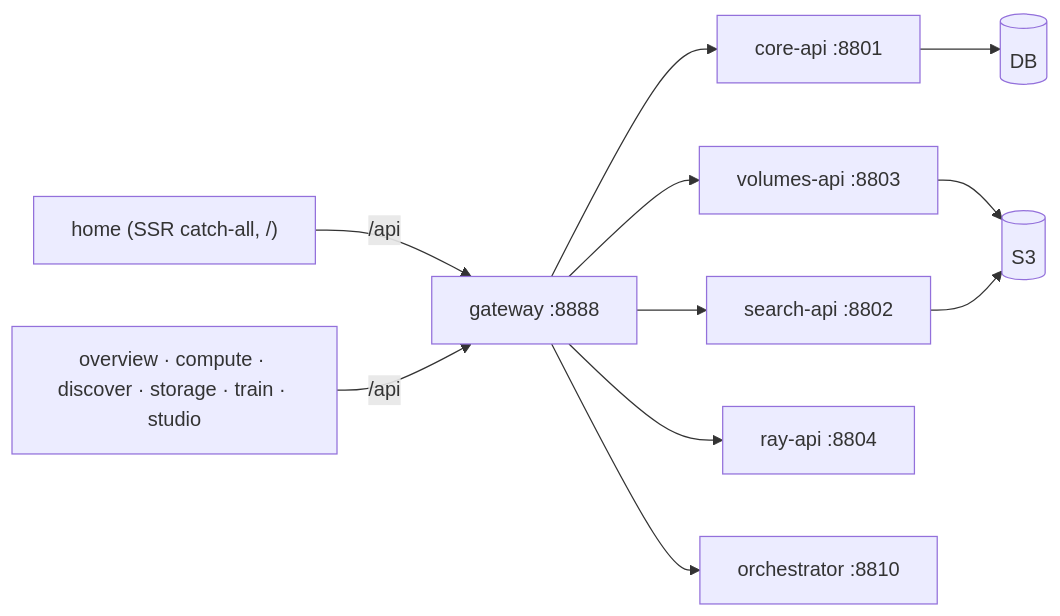
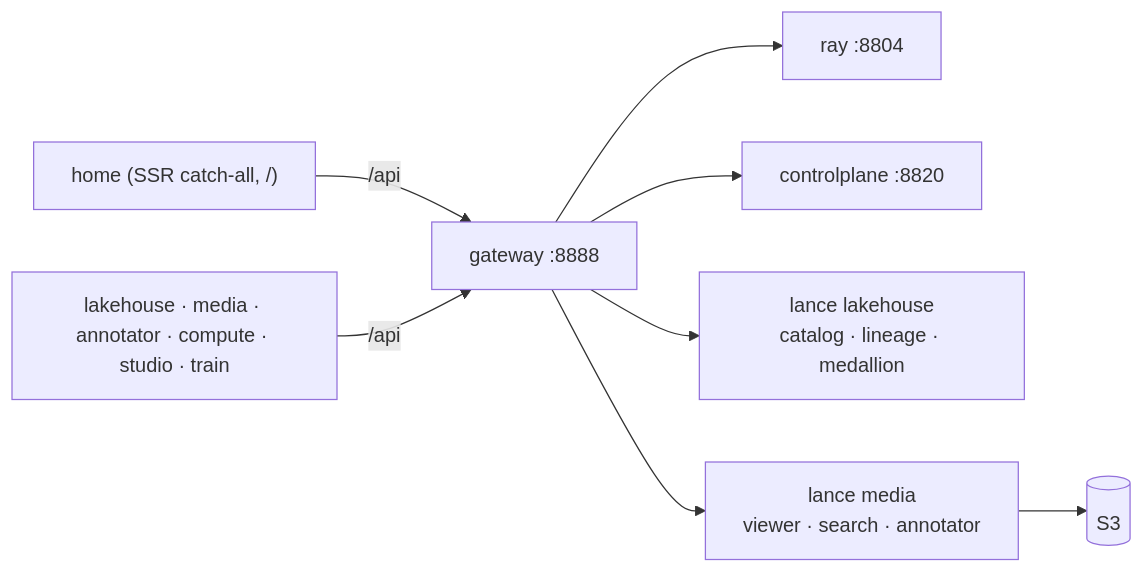
Before and after one commit to AI-Riksarkivet/rask: the diagram in docs/components/frontends.md, drawn with Mermaid. The commit also changed 123 other files, not shown here.

````diff
--- a/docs/components/frontends.md
+++ b/docs/components/frontends.md
@@ -35,13 +35,10 @@
 ```mermaid
 flowchart LR
     home["home (SSR catch-all, /)"] -->|/api| gateway["gateway :8888"]
-    domains["overview · compute · discover · storage · train · studio"] -->|/api| gateway
-    gateway --> core_api["core-api :8801"]
-    gateway --> search_api["search-api :8802"]
-    gateway --> volumes_api["volumes-api :8803"]
-    gateway --> ray_api["ray-api :8804"]
-    gateway --> orch["orchestrator :8810"]
-    core_api --> db[("DB")]
-    volumes_api --> s3[("S3")]
-    search_api --> s3
+    domains["lakehouse · media · annotator · compute · studio · train"] -->|/api| gateway
+    gateway --> ray["ray :8804"]
+    gateway --> cp["controlplane :8820"]
+    gateway --> lake["lance lakehouse<br/>catalog · lineage · medallion"]
+    gateway --> mediaplane["lance media<br/>viewer · search · annotator"]
+    mediaplane --> s3[("S3")]
 ```
````
